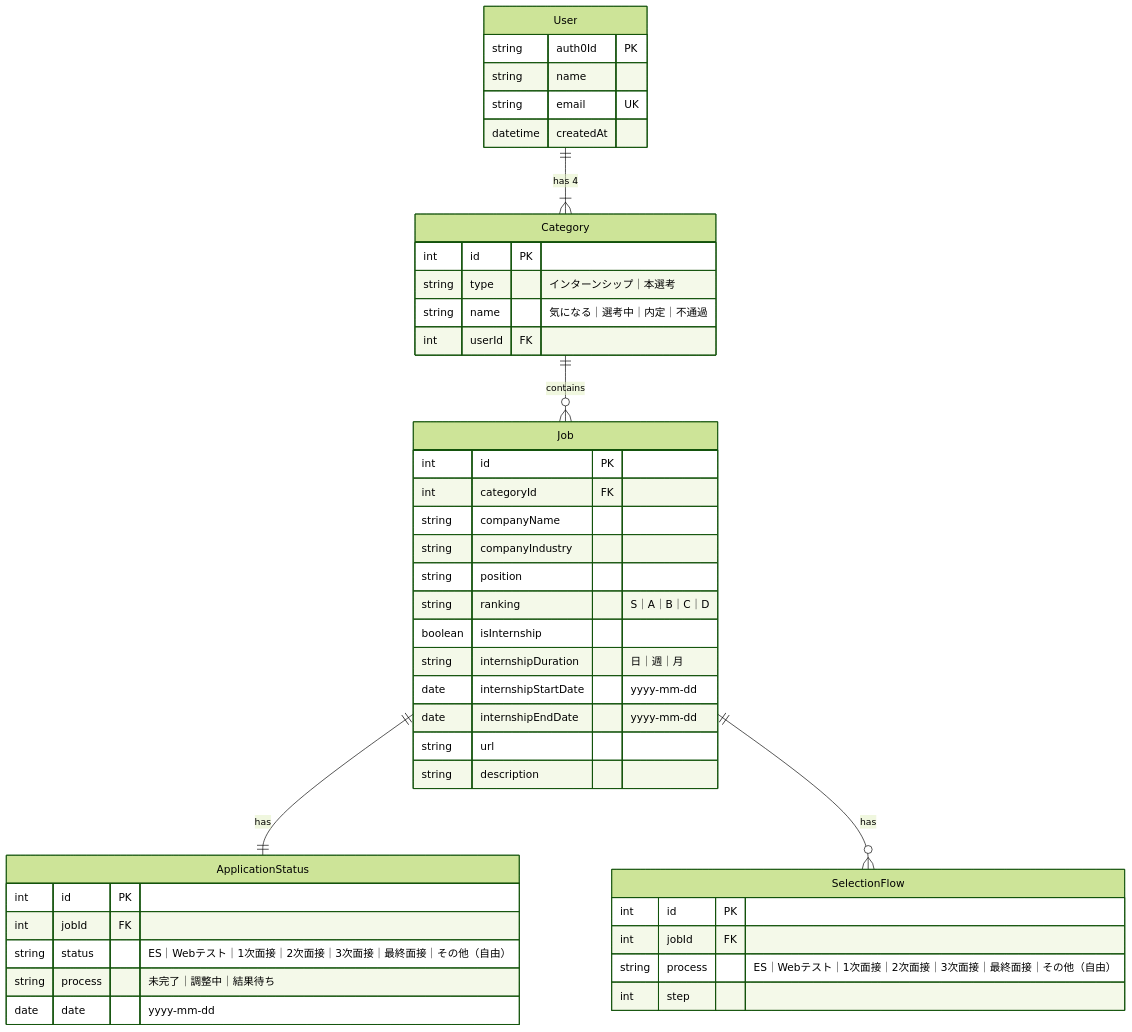
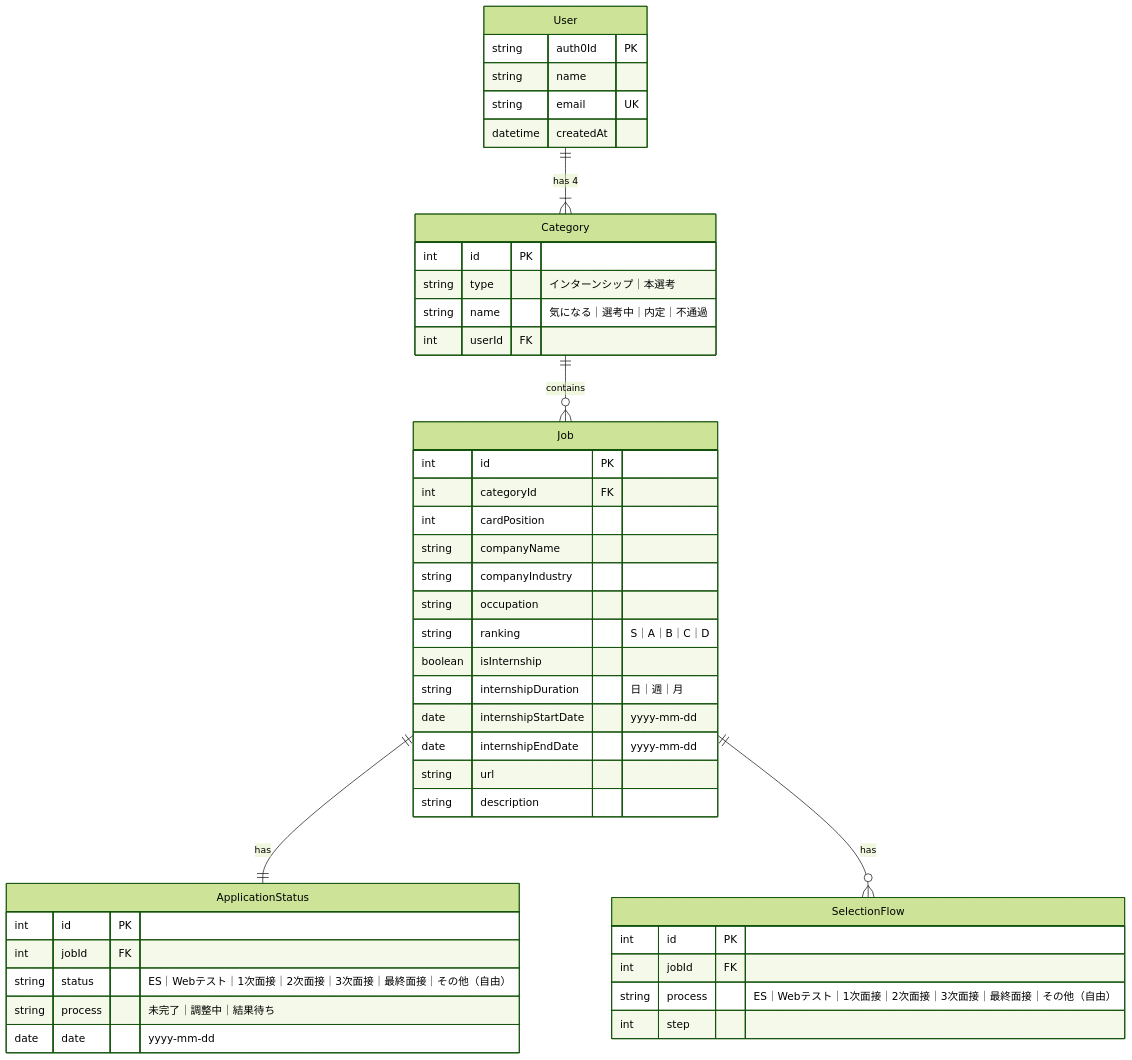
One commit to chanon-mike/naitei-journey changed the diagram in README.md. Above: the diagram before and after it, drawn with Mermaid (forest theme). The commit also changed 3 other files, not shown here.

Commit message:
Add card position column in job

````diff
--- a/README.md
+++ b/README.md
@@ -72,47 +72,48 @@
 ```mermaid
 erDiagram
   User {
     string auth0Id PK
     string name
     string email UK
     datetime createdAt
   }
   Category {
     int id PK
     string type "インターンシップ｜本選考"
     string name "気になる｜選考中｜内定｜不通過"
     int userId FK
   }
   Job {
     int id PK
     int categoryId FK
+    int cardPosition
     string companyName
     string companyIndustry
-    string position
+    string occupation
     string ranking "S｜A｜B｜C｜D"
     boolean isInternship
     string internshipDuration "日｜週｜月"
     date internshipStartDate "yyyy-mm-dd"
     date internshipEndDate "yyyy-mm-dd"
     string url
     string description
   }
   ApplicationStatus {
     int id PK
     int jobId FK
     string status "ES｜Webテスト｜1次面接｜2次面接｜3次面接｜最終面接｜その他（自由）"
     string process "未完了｜調整中｜結果待ち"
     date date "yyyy-mm-dd"
   }
   SelectionFlow {
     int id PK
     int jobId FK
     string process "ES｜Webテスト｜1次面接｜2次面接｜3次面接｜最終面接｜その他（自由）"
     int step
   }
 
   User ||--|{ Category: "has 4"
   Category ||--o{ Job: "contains"
   Job ||--|| ApplicationStatus: "has"
   Job ||--o{ SelectionFlow: "has"
 ```
````
